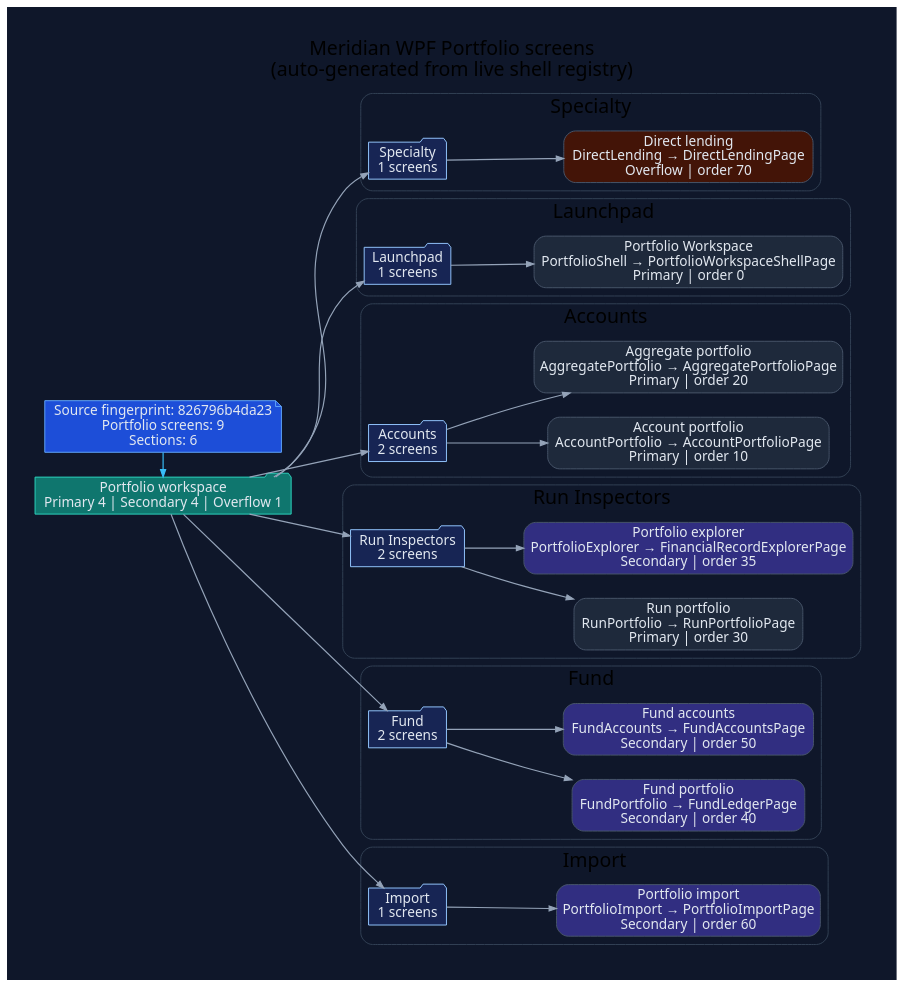
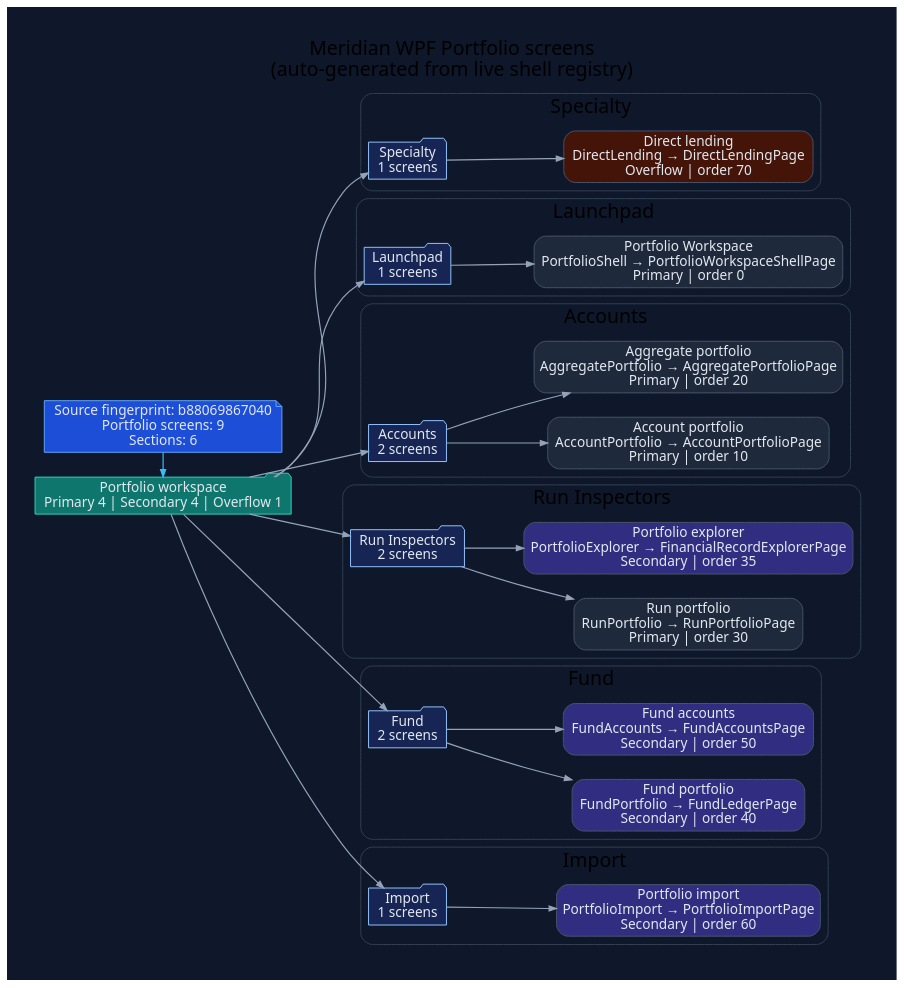
Before and after one commit to rodoHasArrived/Meridian-main: the diagram in docs/diagrams/ui-wpf-screens-portfolio.dot, drawn with Graphviz. The commit also changed 96 other files, not shown here.

First line of the commit message:
Refresh reviewed generated documentation and source hashes for the stack

```diff
--- a/docs/diagrams/ui-wpf-screens-portfolio.dot
+++ b/docs/diagrams/ui-wpf-screens-portfolio.dot
@@ -1,92 +1,92 @@
 // -----------------------------------------------------------------------------
 // <auto-generated>
 // Generated by scripts/generate-diagrams.mjs.
 // Do not edit this file directly; update the WPF source files instead.
 // -----------------------------------------------------------------------------
 digraph WpfPortfolioScreens {
   graph [
     rankdir=LR,
     labelloc=t,
     label="Meridian WPF Portfolio screens\n(auto-generated from live shell registry)",
     fontname="Segoe UI",
     fontsize=20,
     pad=0.4,
     nodesep=0.35,
     ranksep=0.85,
     bgcolor="#0f172a"
   ];
   node [fontname="Segoe UI", shape=box, style="rounded,filled", color="#475569", fontcolor="#e2e8f0", fillcolor="#1e293b"];
   edge [fontname="Segoe UI", color="#94a3b8", penwidth=1.2, arrowsize=0.75];
 
-  generated [shape=note, fillcolor="#1d4ed8", color="#60a5fa", label="Source fingerprint: 826796b4da23\nPortfolio screens: 9\nSections: 6"];
+  generated [shape=note, fillcolor="#1d4ed8", color="#60a5fa", label="Source fingerprint: b88069867040\nPortfolio screens: 9\nSections: 6"];
   workspace [shape=folder, fillcolor="#0f766e", color="#2dd4bf", label="Portfolio workspace\nPrimary 4 | Secondary 4 | Overflow 1"];
   generated -> workspace [color="#38bdf8"];
 
   subgraph cluster_section_1 {
     label="Specialty";
     color="#334155";
     style="rounded";
     section_1 [shape=folder, fillcolor="#172554", color="#93c5fd", label="Specialty\n1 screens"];
     workspace -> section_1;
     screen_DirectLending [fillcolor="#431407", label="Direct lending\nDirectLending → DirectLendingPage\nOverflow | order 70"];
     section_1 -> screen_DirectLending;
   }
 
   subgraph cluster_section_2 {
     label="Launchpad";
     color="#334155";
     style="rounded";
     section_2 [shape=folder, fillcolor="#172554", color="#93c5fd", label="Launchpad\n1 screens"];
     workspace -> section_2;
     screen_PortfolioShell [fillcolor="#1e293b", label="Portfolio Workspace\nPortfolioShell → PortfolioWorkspaceShellPage\nPrimary | order 0"];
     section_2 -> screen_PortfolioShell;
   }
 
   subgraph cluster_section_3 {
     label="Accounts";
     color="#334155";
     style="rounded";
     section_3 [shape=folder, fillcolor="#172554", color="#93c5fd", label="Accounts\n2 screens"];
     workspace -> section_3;
     screen_AccountPortfolio [fillcolor="#1e293b", label="Account portfolio\nAccountPortfolio → AccountPortfolioPage\nPrimary | order 10"];
     section_3 -> screen_AccountPortfolio;
     screen_AggregatePortfolio [fillcolor="#1e293b", label="Aggregate portfolio\nAggregatePortfolio → AggregatePortfolioPage\nPrimary | order 20"];
     section_3 -> screen_AggregatePortfolio;
   }
 
   subgraph cluster_section_4 {
     label="Run Inspectors";
     color="#334155";
     style="rounded";
     section_4 [shape=folder, fillcolor="#172554", color="#93c5fd", label="Run Inspectors\n2 screens"];
     workspace -> section_4;
     screen_RunPortfolio [fillcolor="#1e293b", label="Run portfolio\nRunPortfolio → RunPortfolioPage\nPrimary | order 30"];
     section_4 -> screen_RunPortfolio;
     screen_PortfolioExplorer [fillcolor="#312e81", label="Portfolio explorer\nPortfolioExplorer → FinancialRecordExplorerPage\nSecondary | order 35"];
     section_4 -> screen_PortfolioExplorer;
   }
 
   subgraph cluster_section_5 {
     label="Fund";
     color="#334155";
     style="rounded";
     section_5 [shape=folder, fillcolor="#172554", color="#93c5fd", label="Fund\n2 screens"];
     workspace -> section_5;
     screen_FundPortfolio [fillcolor="#312e81", label="Fund portfolio\nFundPortfolio → FundLedgerPage\nSecondary | order 40"];
     section_5 -> screen_FundPortfolio;
     screen_FundAccounts [fillcolor="#312e81", label="Fund accounts\nFundAccounts → FundAccountsPage\nSecondary | order 50"];
     section_5 -> screen_FundAccounts;
   }
 
   subgraph cluster_section_6 {
     label="Import";
     color="#334155";
     style="rounded";
     section_6 [shape=folder, fillcolor="#172554", color="#93c5fd", label="Import\n1 screens"];
     workspace -> section_6;
     screen_PortfolioImport [fillcolor="#312e81", label="Portfolio import\nPortfolioImport → PortfolioImportPage\nSecondary | order 60"];
     section_6 -> screen_PortfolioImport;
   }
 
   { rank=min; generated; workspace; }
 }
```
